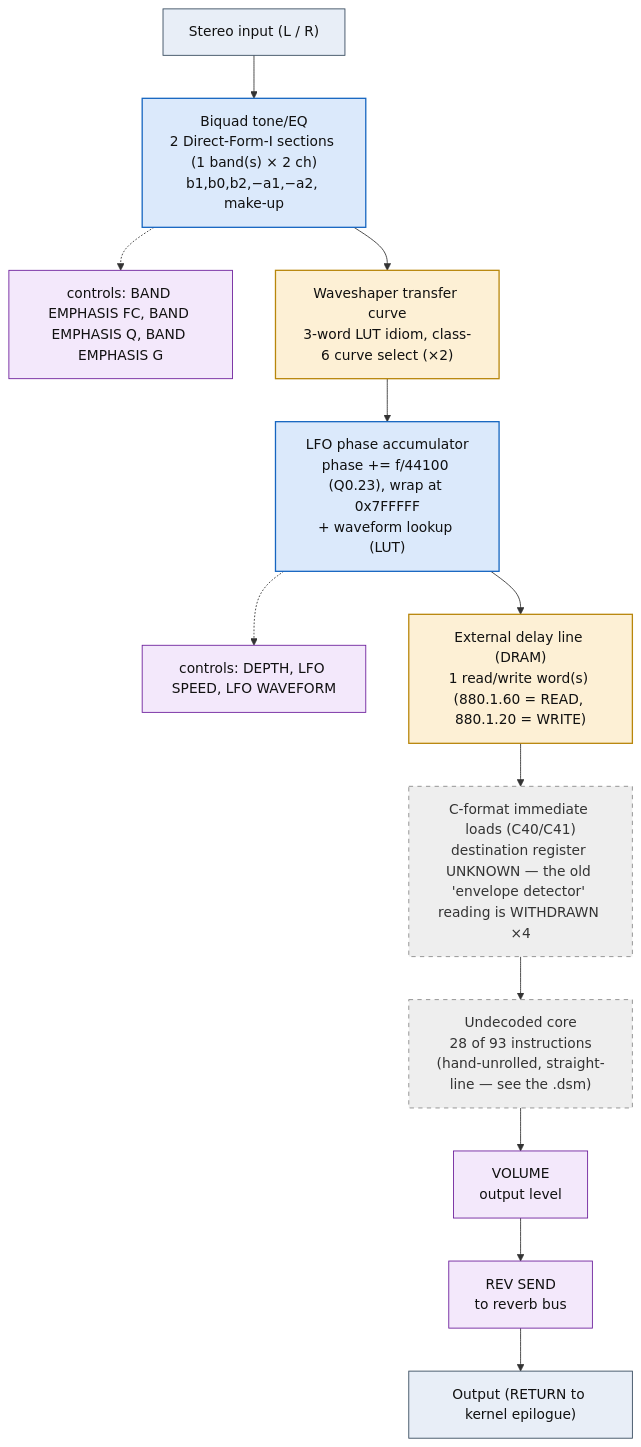
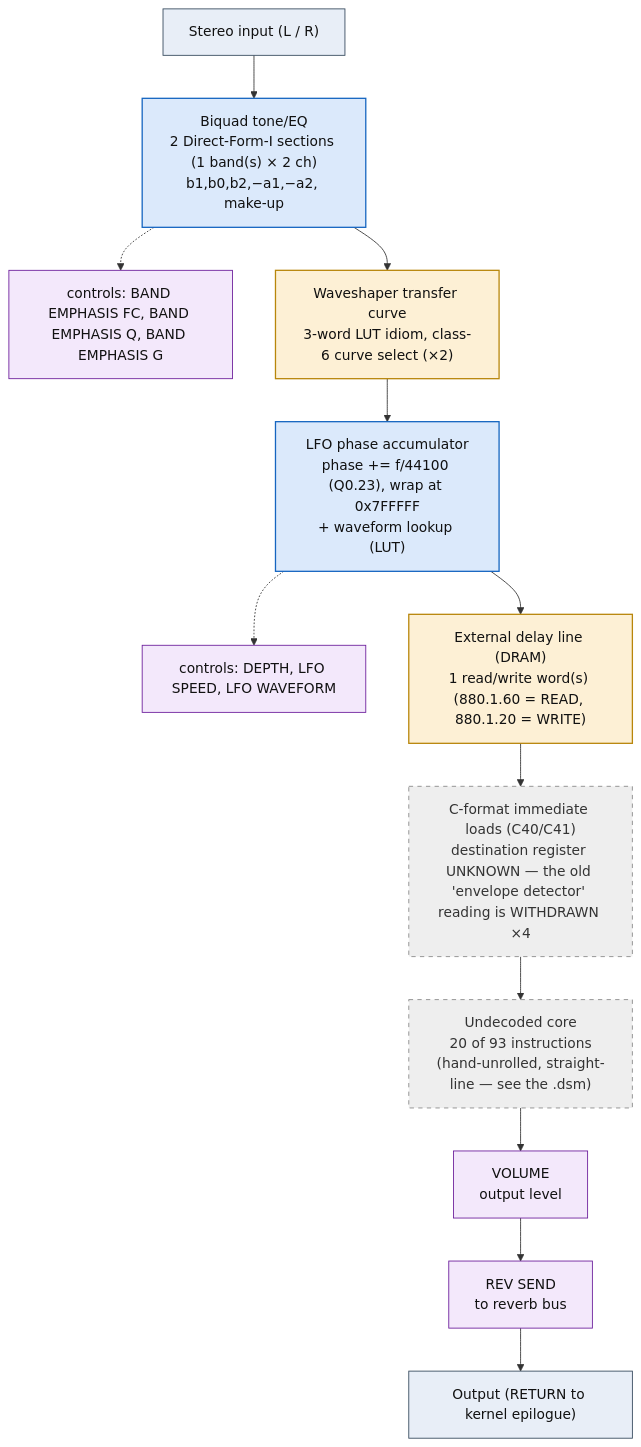
One commit to ArqueologiaDigital/kn5000-roms-disasm changed the diagram in dsp/flowcharts/prog71_peq_chorus.md. Above: the diagram before and after it, drawn with Mermaid. The commit also changed other lines of this file and 78 other files, not shown here.

````diff
--- a/dsp/flowcharts/prog71_peq_chorus.md
+++ b/dsp/flowcharts/prog71_peq_chorus.md
@@ -12,38 +12,38 @@
 ```mermaid
 flowchart TD
     N0["Stereo input (L / R)"]
     N1["Biquad tone/EQ<br/>2 Direct-Form-I sections (1 band(s) &times; 2 ch)<br/>b1,b0,b2,&minus;a1,&minus;a2, make-up"]
     N0 --> N1
     N2["controls: BAND EMPHASIS FC, BAND EMPHASIS Q, BAND EMPHASIS G"]
     N1 -.-> N2
     N3["Waveshaper transfer curve<br/>3-word LUT idiom, class-6 curve select (&times;2)"]
     N1 --> N3
     N4["LFO phase accumulator<br/>phase += f/44100 (Q0.23), wrap at 0x7FFFFF<br/>+ waveform lookup (LUT)"]
     N3 --> N4
     N5["controls: DEPTH, LFO SPEED, LFO WAVEFORM"]
     N4 -.-> N5
     N6["External delay line (DRAM)<br/>1 read/write word(s) (880.1.60 = READ, 880.1.20 = WRITE)"]
     N4 --> N6
     N7["C-format immediate loads (C40/C41)<br/>destination register UNKNOWN &mdash; the old 'envelope detector' reading is WITHDRAWN &times;4"]
     N6 --> N7
-    N8["Undecoded core<br/>28 of 93 instructions<br/>(hand-unrolled, straight-line &mdash; see the .dsm)"]
+    N8["Undecoded core<br/>20 of 93 instructions<br/>(hand-unrolled, straight-line &mdash; see the .dsm)"]
     N7 --> N8
     N9["VOLUME<br/>output level"]
     N8 --> N9
     N10["REV SEND<br/>to reverb bus"]
     N9 --> N10
     N11["Output (RETURN to kernel epilogue)"]
     N10 --> N11
 
     classDef io fill:#e8eef7,stroke:#33475b,stroke-width:1px,color:#111;
     classDef proven fill:#d7f0d7,stroke:#2e7d32,stroke-width:2px,color:#111;
     classDef measured fill:#dbe9fb,stroke:#1565c0,stroke-width:1.5px,color:#111;
     classDef inferred fill:#fdf0d5,stroke:#b8860b,stroke-width:1.5px,color:#111;
     classDef open fill:#eeeeee,stroke:#888,stroke-width:1px,color:#333,stroke-dasharray:5 5;
     classDef ctrl fill:#f3e8fb,stroke:#6a1b9a,stroke-width:1px,color:#111;
     class N0,N11 io;
     class N1,N4 measured;
     class N2,N5,N9,N10 ctrl;
     class N3,N6 inferred;
     class N7,N8 open;
 ```
````
